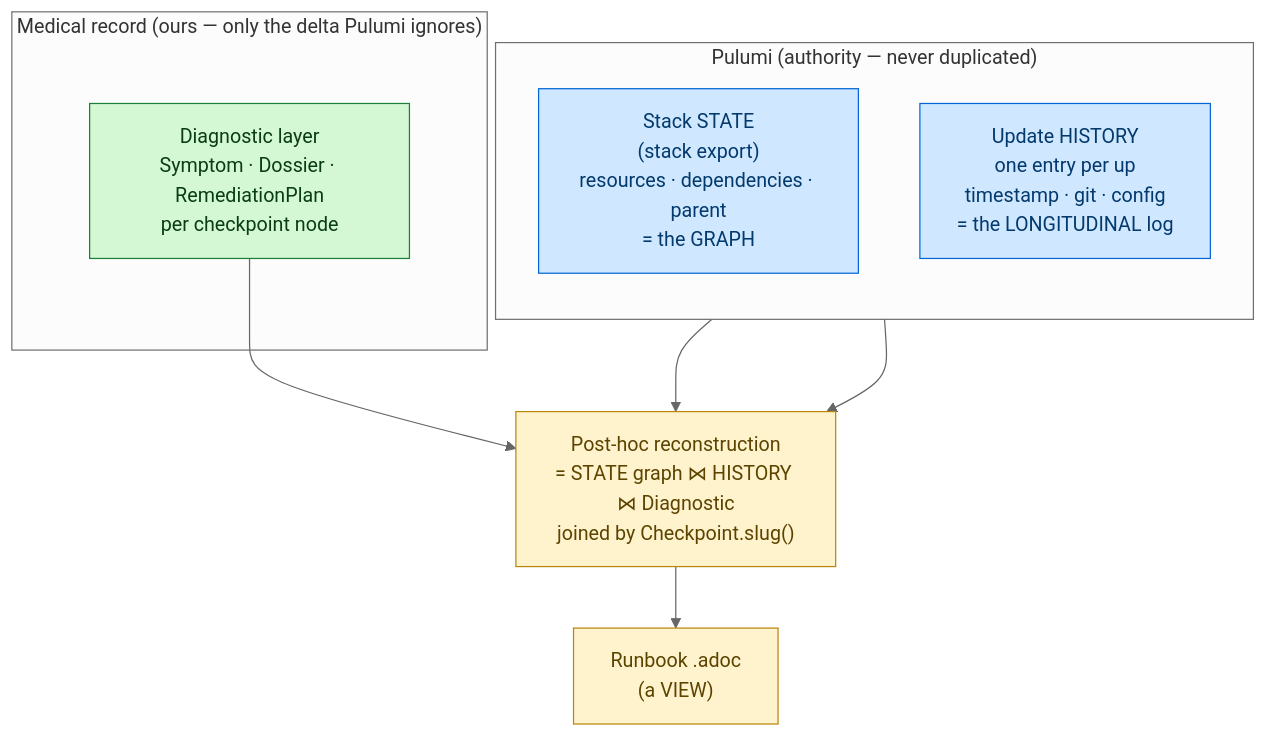
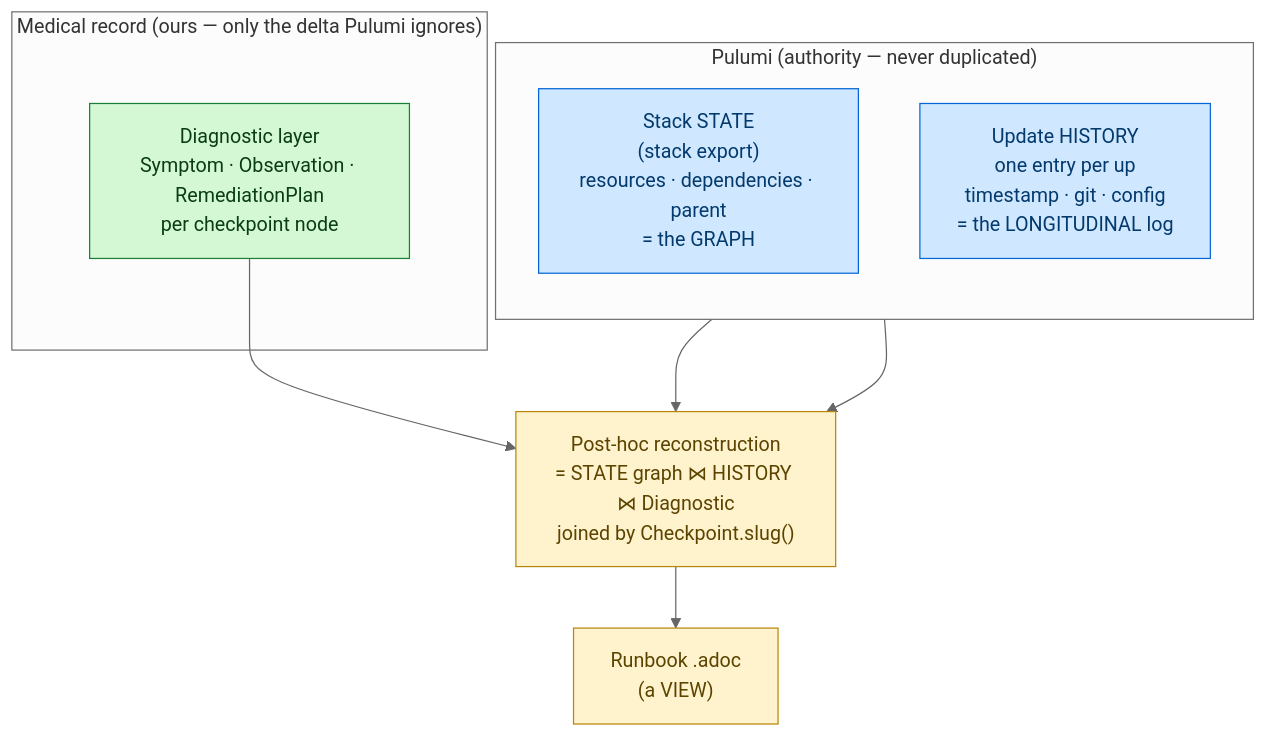
The first of 4 diagrams in docs/architecture/doctor/layer3-medical-record-design.adoc (nxmatic/rke2lab), drawn with Mermaid (neutral theme) before and after one commit. The commit also changed other lines of this file and 62 other files, not shown here.

```diff
--- a/docs/architecture/doctor/layer3-medical-record-design.adoc
+++ b/docs/architecture/doctor/layer3-medical-record-design.adoc
@@ -43,24 +43,24 @@
 [mermaid]
 ....
 flowchart TB
   subgraph Pulumi["Pulumi (authority — never duplicated)"]
     direction TB
     State["Stack STATE<br/>(stack export)<br/>resources · dependencies · parent<br/>= the GRAPH"]
     History["Update HISTORY<br/>one entry per up<br/>timestamp · git · config<br/>= the LONGITUDINAL log"]
   end
   subgraph Ours["Medical record (ours — only the delta Pulumi ignores)"]
-    Diag["Diagnostic layer<br/>Symptom · Dossier · RemediationPlan<br/>per checkpoint node"]
+    Diag["Diagnostic layer<br/>Symptom · Observation · RemediationPlan<br/>per checkpoint node"]
   end
   Recon["Post-hoc reconstruction<br/>= STATE graph ⋈ HISTORY ⋈ Diagnostic<br/>joined by Checkpoint.slug()"]
   State --> Recon
   History --> Recon
   Diag --> Recon
   Recon --> Runbook["Runbook .adoc<br/>(a VIEW)"]
 
   classDef auth fill:#cfe8ff,stroke:#0366d6,color:#03396c;
   classDef ours fill:#d4f8d4,stroke:#1a7f37,color:#0a3d12;
   classDef view fill:#fff3cd,stroke:#b8860b,color:#5c4400;
   class State,History auth;
   class Diag ours;
   class Recon,Runbook view;
 ....
```
